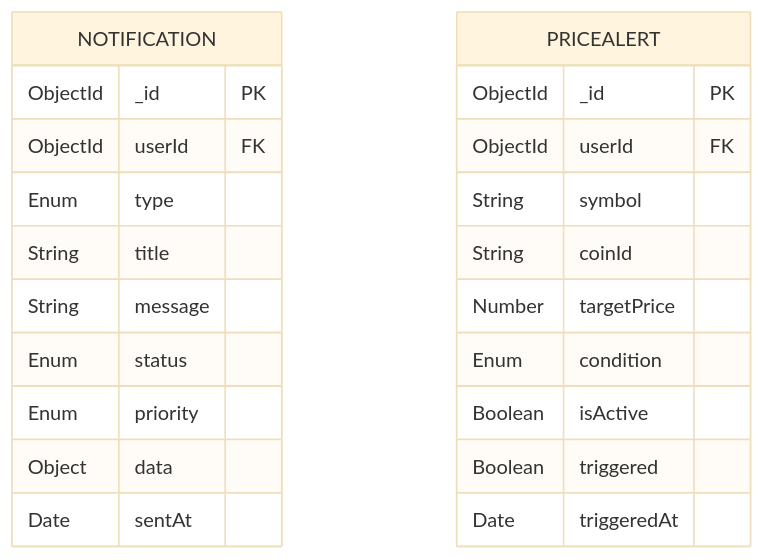
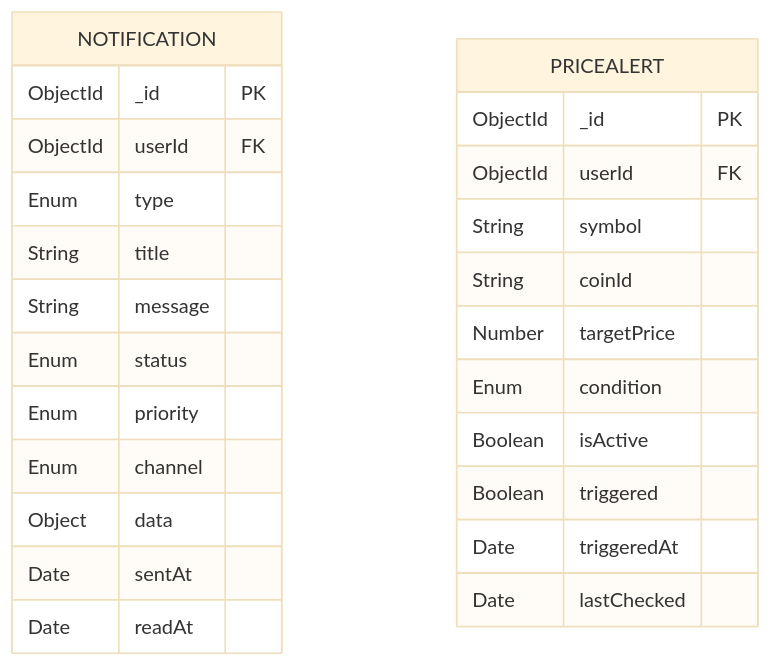
Diagram 17 of 18 in BAO_CAO_KIEN_TRUC_HUONG_DICH_VU.md (doanthetin193/CryptoTradingSOA), drawn with Mermaid (base theme) before and after one commit. The commit also changed other lines of this file and 5 other files, not shown here.

````diff
--- a/BAO_CAO_KIEN_TRUC_HUONG_DICH_VU.md
+++ b/BAO_CAO_KIEN_TRUC_HUONG_DICH_VU.md
@@ -792,25 +939,28 @@
 ```mermaid
 erDiagram
     NOTIFICATION {
         ObjectId _id PK
         ObjectId userId FK
         Enum type
         String title
         String message
         Enum status
         Enum priority
+        Enum channel
         Object data
         Date sentAt
+        Date readAt
     }
     PRICEALERT {
         ObjectId _id PK
         ObjectId userId FK
         String symbol
         String coinId
         Number targetPrice
         Enum condition
         Boolean isActive
         Boolean triggered
         Date triggeredAt
+        Date lastChecked
     }
 ```
````
